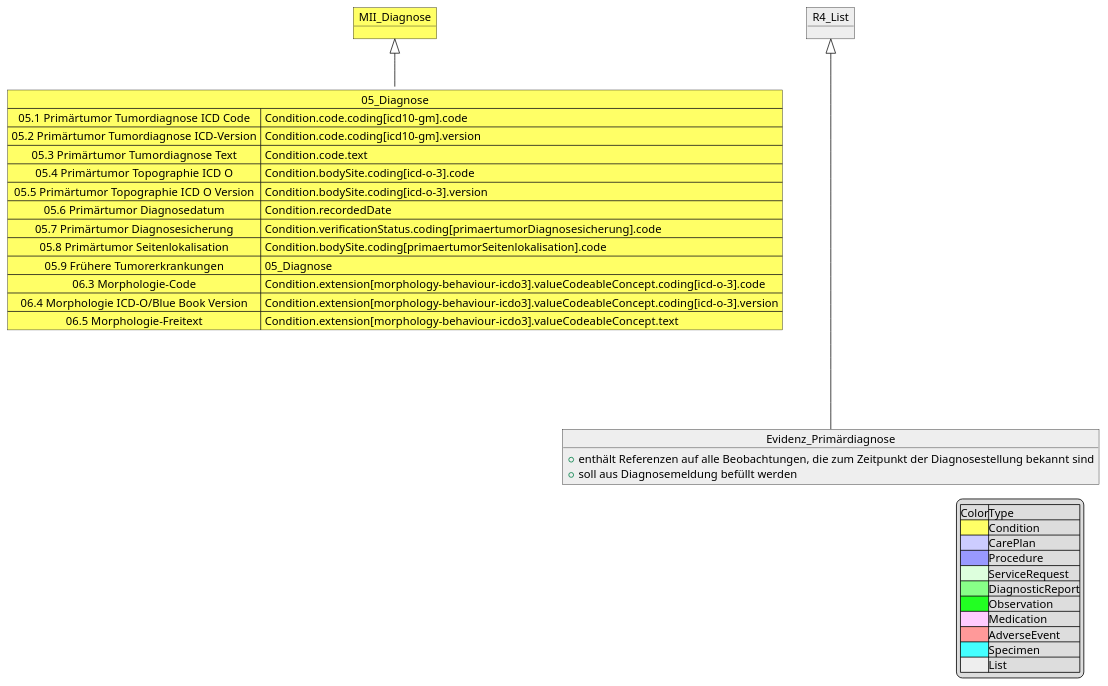
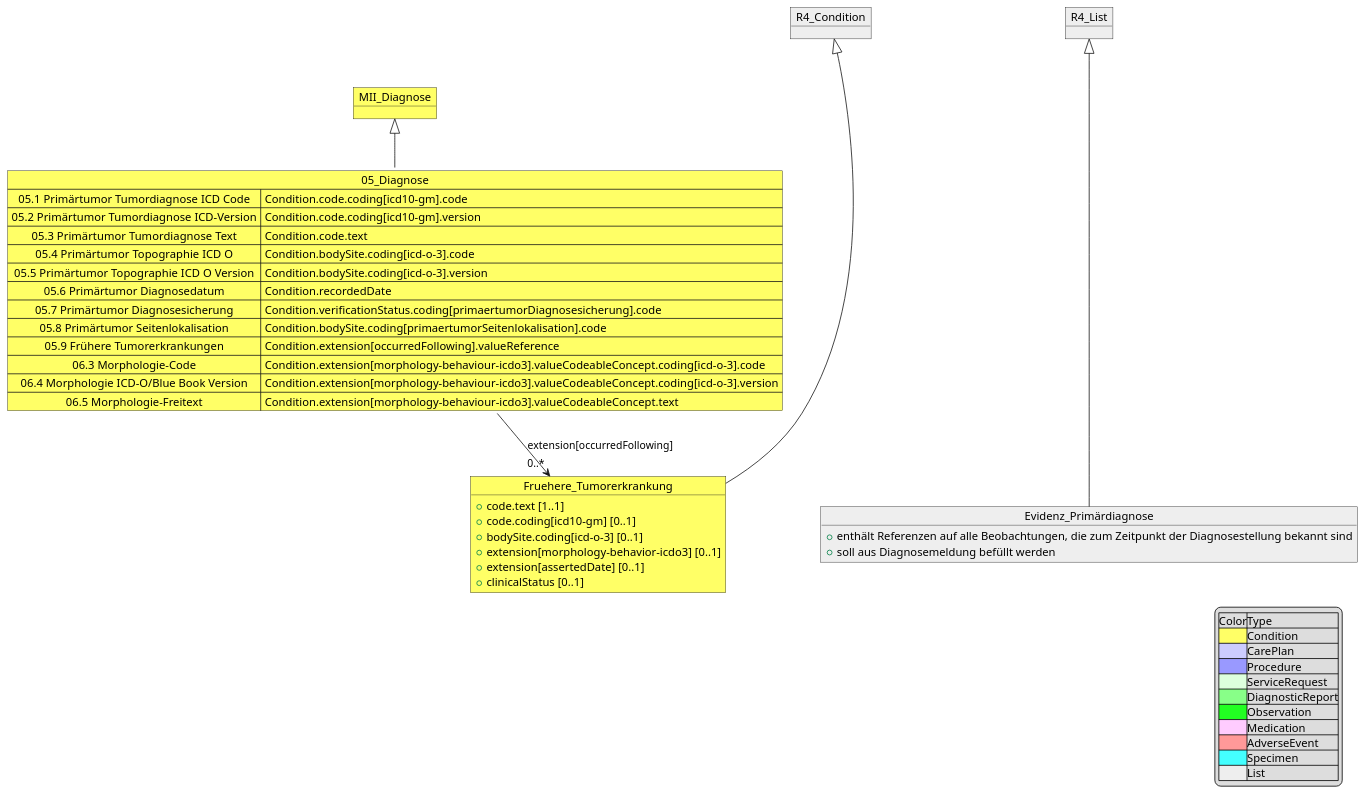
Before and after one commit to medizininformatik-initiative/kerndatensatzmodul-onkologie: the diagram in input/images-source/MII_Onko_05_Diagnosis.pu, drawn with PlantUML. The commit also changed 5 other files, not shown here.

```diff
--- a/input/images-source/MII_Onko_05_Diagnosis.pu
+++ b/input/images-source/MII_Onko_05_Diagnosis.pu
@@ -1,42 +1,55 @@
 @startuml MII_Onko_05_Diagnosis
 object MII_Diagnose #FFFF66
 Map 05_Diagnose #FFFF66 {
  05.1 Primärtumor Tumordiagnose ICD Code => Condition.code.coding[icd10-gm].code
  05.2 Primärtumor Tumordiagnose ICD-Version => Condition.code.coding[icd10-gm].version
  05.3 Primärtumor Tumordiagnose Text => Condition.code.text
  05.4 Primärtumor Topographie ICD O => Condition.bodySite.coding[icd-o-3].code
  05.5 Primärtumor Topographie ICD O Version => Condition.bodySite.coding[icd-o-3].version
  05.6 Primärtumor Diagnosedatum => Condition.recordedDate
  05.7 Primärtumor Diagnosesicherung => Condition.verificationStatus.coding[primaertumorDiagnosesicherung].code
  05.8 Primärtumor Seitenlokalisation => Condition.bodySite.coding[primaertumorSeitenlokalisation].code
- 05.9 Frühere Tumorerkrankungen => 05_Diagnose
+ 05.9 Frühere Tumorerkrankungen => Condition.extension[occurredFollowing].valueReference
  06.3 Morphologie-Code => Condition.extension[morphology-behaviour-icdo3].valueCodeableConcept.coding[icd-o-3].code
  06.4 Morphologie ICD-O/Blue Book Version => Condition.extension[morphology-behaviour-icdo3].valueCodeableConcept.coding[icd-o-3].version
  06.5 Morphologie-Freitext => Condition.extension[morphology-behaviour-icdo3].valueCodeableConcept.text
 } 
 
-MII_Diagnose <|-down- 05_Diagnose 
+MII_Diagnose <|-down- 05_Diagnose
+
+object R4_Condition #EEEEEE
+object Fruehere_Tumorerkrankung #FFFF66 {
+    + code.text [1..1]
+    + code.coding[icd10-gm] [0..1]
+    + bodySite.coding[icd-o-3] [0..1]
+    + extension[morphology-behavior-icdo3] [0..1]
+    + extension[assertedDate] [0..1]
+    + clinicalStatus [0..1]
+}
+R4_Condition <|---- Fruehere_Tumorerkrankung
+05_Diagnose --> "0..*" Fruehere_Tumorerkrankung : extension[occurredFollowing]
+
 object R4_List #EEEEEE
 object Evidenz_Primärdiagnose #EEEEEE {
     + enthält Referenzen auf alle Beobachtungen, die zum Zeitpunkt der Diagnosestellung bekannt sind
     + soll aus Diagnosemeldung befüllt werden
 }
 R4_List <|---- Evidenz_Primärdiagnose
 
 legend right 
 |Color|Type|
 |<#FFFF66>|Condition|
 |<#CCCCFF>|CarePlan|
 |<#9999FF>|Procedure|
 |<#DDFFDD>|ServiceRequest|
 |<#88FF88>|DiagnosticReport|
 |<#22FF22>|Observation|
 |<#FFCCFF>|Medication|
 |<#FF9999>|AdverseEvent|
 |<#44FFFF>|Specimen|
 |<#EEEEEE>|List|
 endlegend
 
 
 
 @enduml
```
